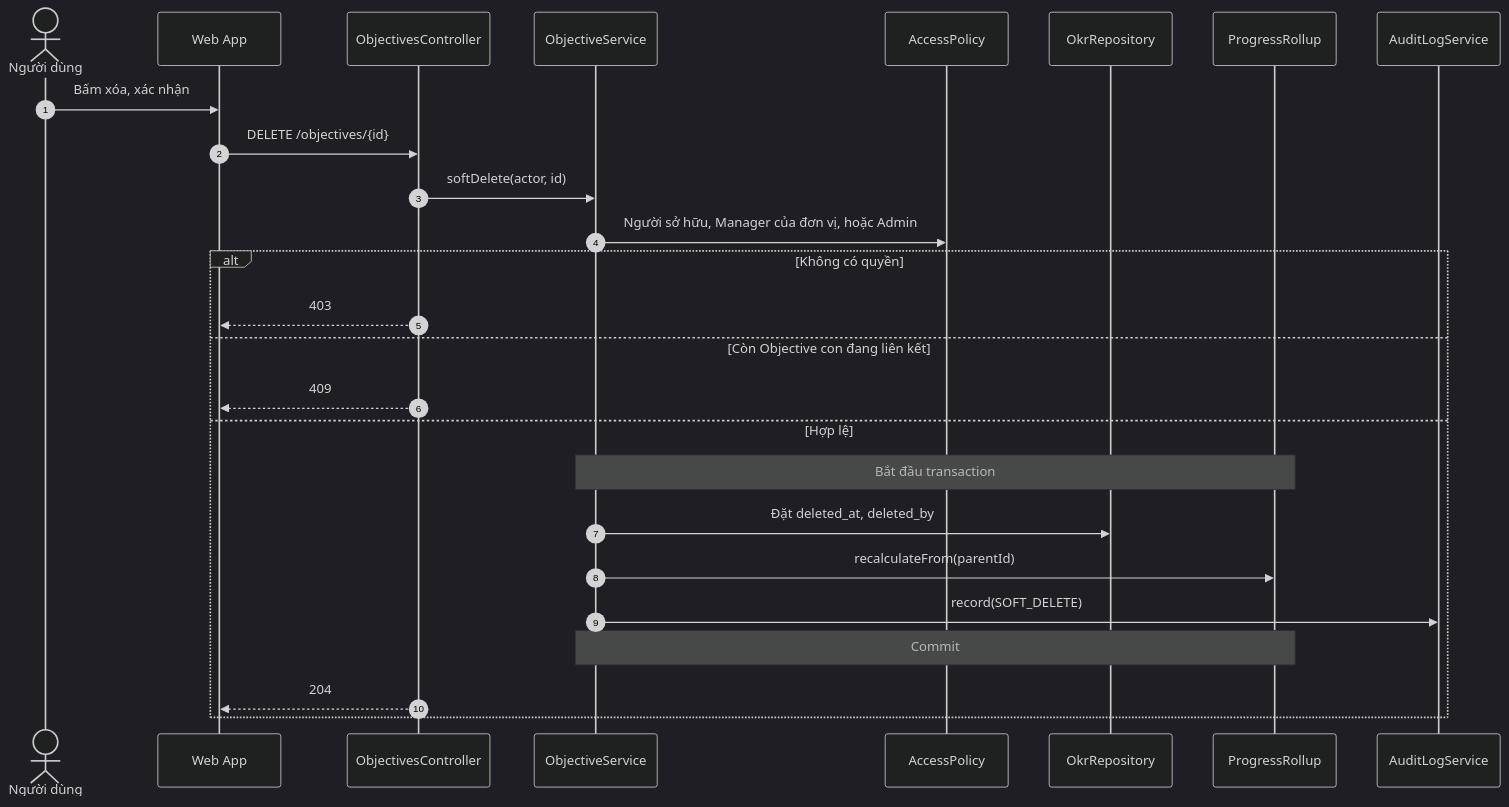
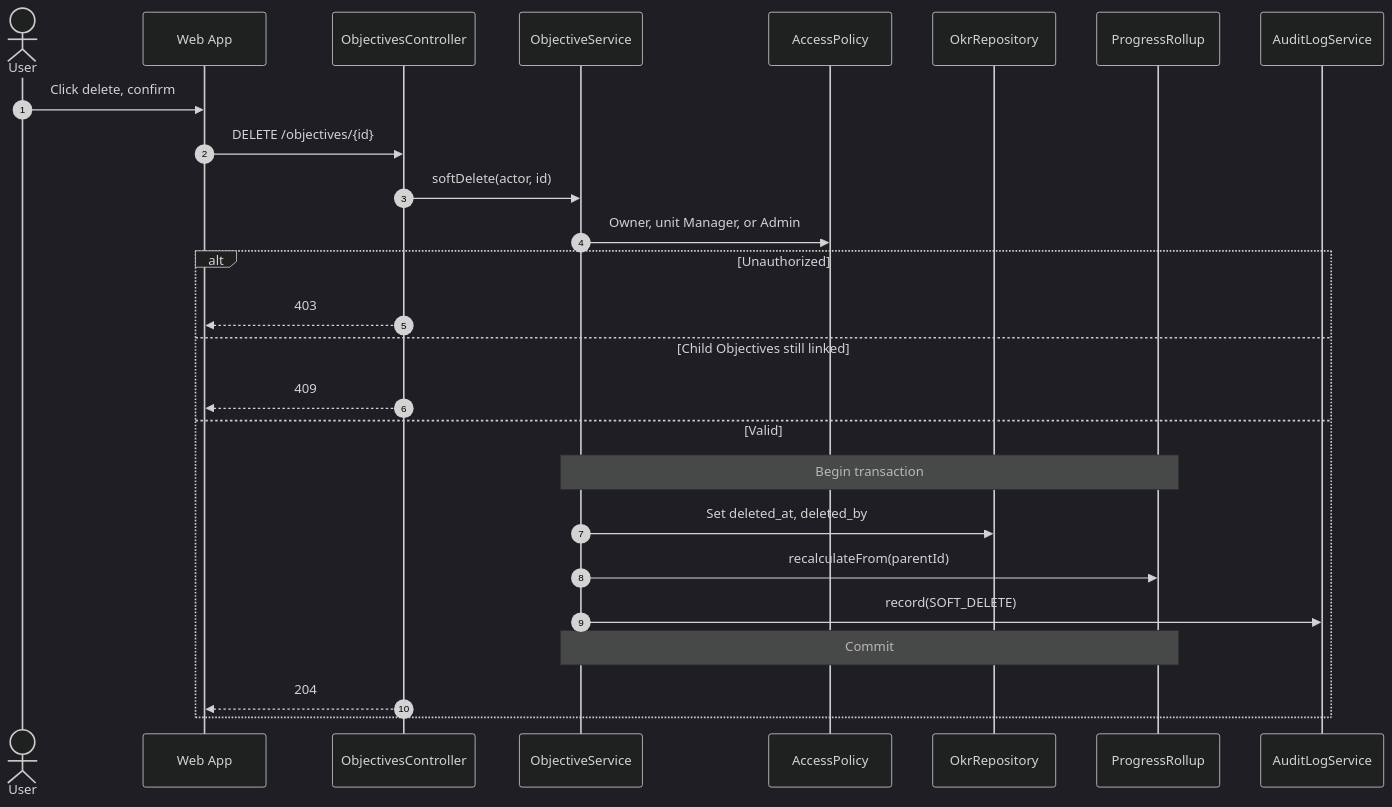
Diagram 11 of 32 in docs/architecture/sequence-diagrams.md (Akaza-ban/OCK-360), drawn with Mermaid (dark theme) before and after one commit. The commit also changed other lines of this file and 24 other files, not shown here.

````diff
--- a/docs/architecture/sequence-diagrams.md
+++ b/docs/architecture/sequence-diagrams.md
@@ -409,29 +409,29 @@
 ```mermaid
 sequenceDiagram
     autonumber
-    actor U as Người dùng
+    actor U as User
     participant W as Web App
     participant C as ObjectivesController
     participant S as ObjectiveService
     participant P as AccessPolicy
     participant R as OkrRepository
     participant RU as ProgressRollup
     participant L as AuditLogService
 
-    U->>W: Bấm xóa, xác nhận
+    U->>W: Click delete, confirm
     W->>C: DELETE /objectives/{id}
     C->>S: softDelete(actor, id)
-    S->>P: Người sở hữu, Manager của đơn vị, hoặc Admin
-    alt Không có quyền
+    S->>P: Owner, unit Manager, or Admin
+    alt Unauthorized
         C-->>W: 403
-    else Còn Objective con đang liên kết
+    else Child Objectives still linked
         C-->>W: 409
-    else Hợp lệ
-        Note over S,RU: Bắt đầu transaction
-        S->>R: Đặt deleted_at, deleted_by
+    else Valid
+        Note over S,RU: Begin transaction
+        S->>R: Set deleted_at, deleted_by
         S->>RU: recalculateFrom(parentId)
         S->>L: record(SOFT_DELETE)
         Note over S,RU: Commit
         C-->>W: 204
     end
 ```
````
